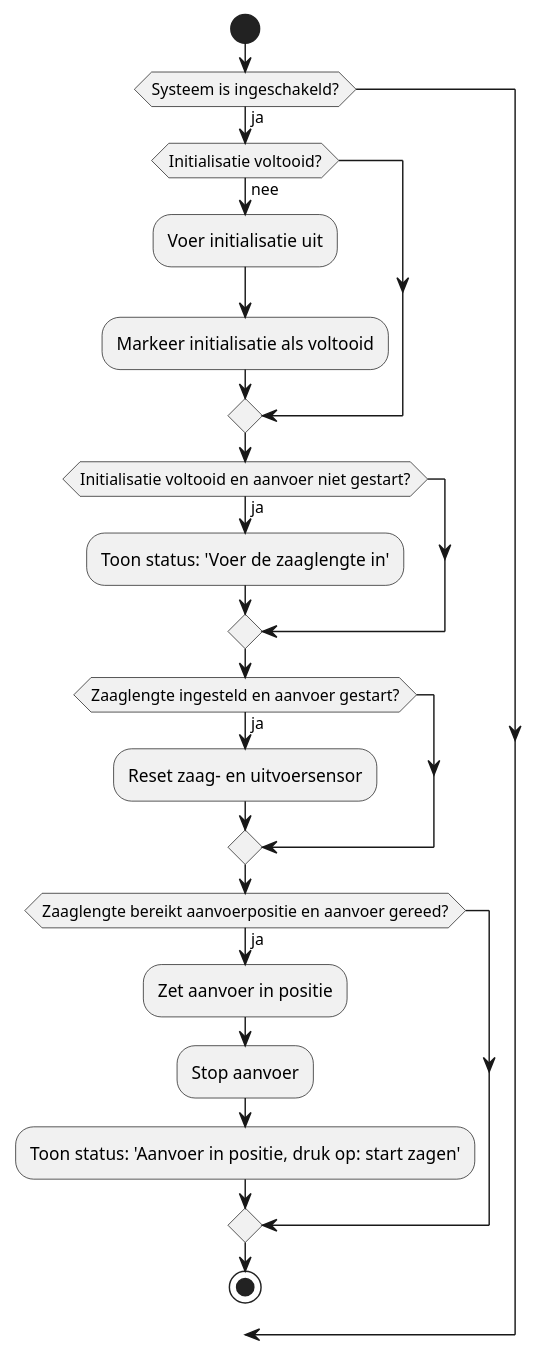
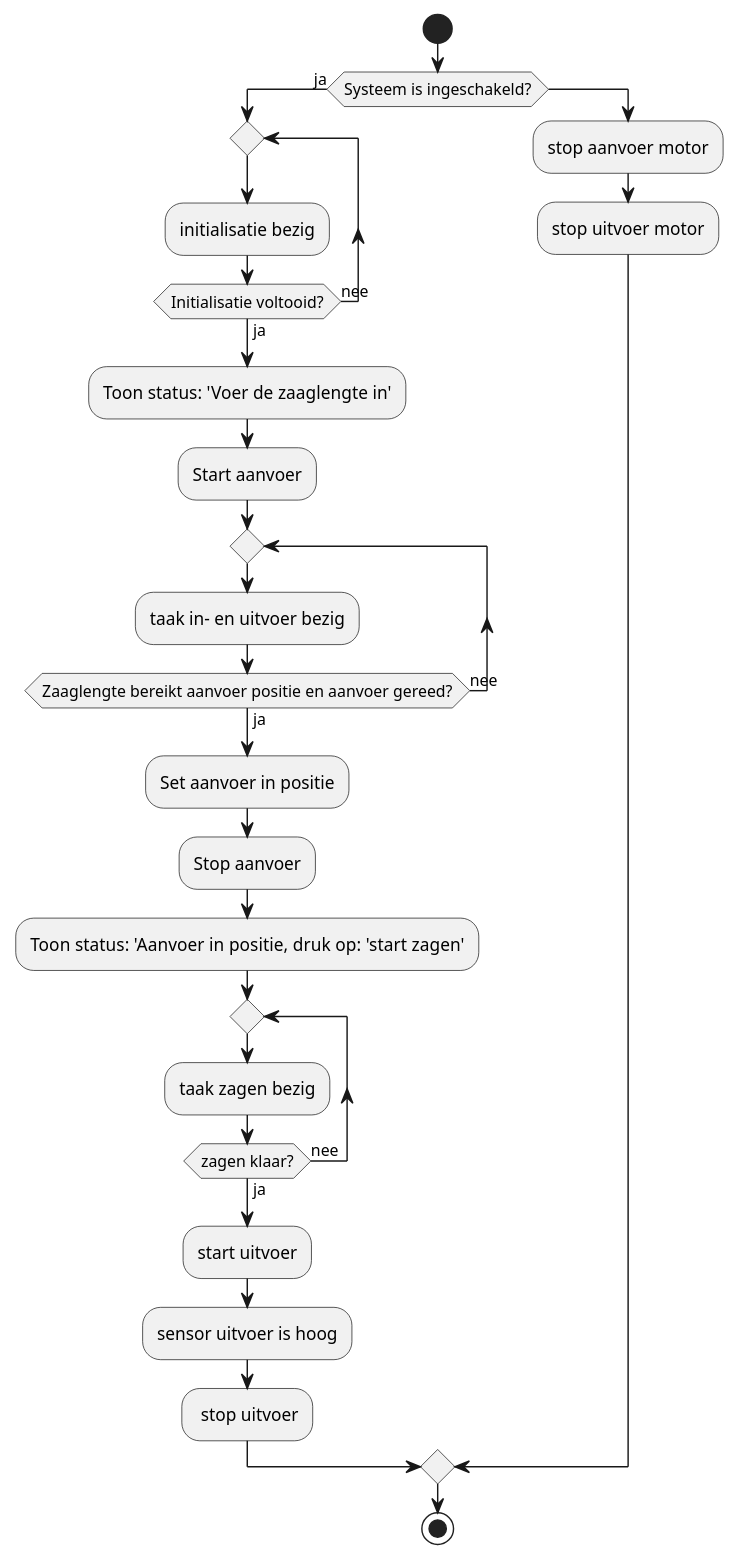
One commit to MilanWichink/Individuele-eindopdracht changed the second of 3 diagrams in src/chapter_1.md. Above: the diagram before and after it, drawn with PlantUML. The commit also changed other lines of this file, not shown here.

Commit message:
Diagrammen van initialiseren gemaakt en andere diagrammen verbeterd.

````diff
--- a/src/chapter_1.md
+++ b/src/chapter_1.md
@@ -32,29 +32,40 @@
 ```plantuml
 @startuml In- en uitvoer
 
 start
 if (Systeem is ingeschakeld?) then (ja)
+  repeat
+  :initialisatie bezig;
+  repeat while (Initialisatie voltooid?) is (nee) not (ja)
+    
+  :Toon status: 'Voer de zaaglengte in';
+  :Start aanvoer;
 
-    if (Initialisatie voltooid?) then (nee)
-      :Voer initialisatie uit;
-      :Markeer initialisatie als voltooid;
-    endif
+      repeat
+    :taak in- en uitvoer bezig;
+    repeat while (Zaaglengte bereikt aanvoer positie en aanvoer gereed?) is (nee) not (ja)
+      :Set aanvoer in positie;
+      :Stop aanvoer;
+      :Toon status: 'Aanvoer in positie, druk op: 'start zagen';
+    
 
-    if (Initialisatie voltooid en aanvoer niet gestart?) then (ja)
-      :Toon status: 'Voer de zaaglengte in';
-    endif
 
-    if (Zaaglengte ingesteld en aanvoer gestart?) then (ja)
-      :Reset zaag- en uitvoersensor;
-    endif
+     repeat
+            :taak zagen bezig;
+        repeat while (zagen klaar?) is (nee) not (ja)
+            :start uitvoer;
+    
 
-    if (Zaaglengte bereikt aanvoerpositie en aanvoer gereed?) then (ja)
-      :Zet aanvoer in positie;
-      :Stop aanvoer;
-      :Toon status: 'Aanvoer in positie, druk op: start zagen';
-    endif
+    :sensor uitvoer is hoog;
+    : stop uitvoer; 
+  else 
+  :stop aanvoer motor;
+  :stop uitvoer motor;
+  
+  endif
 
-    stop
-endif
+
+
+stop
 @enduml
 ```
````
